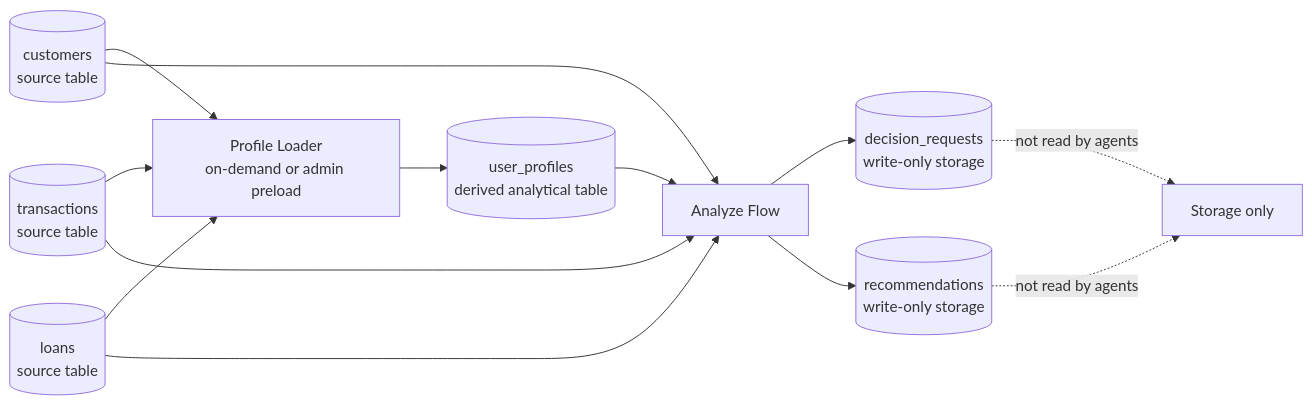
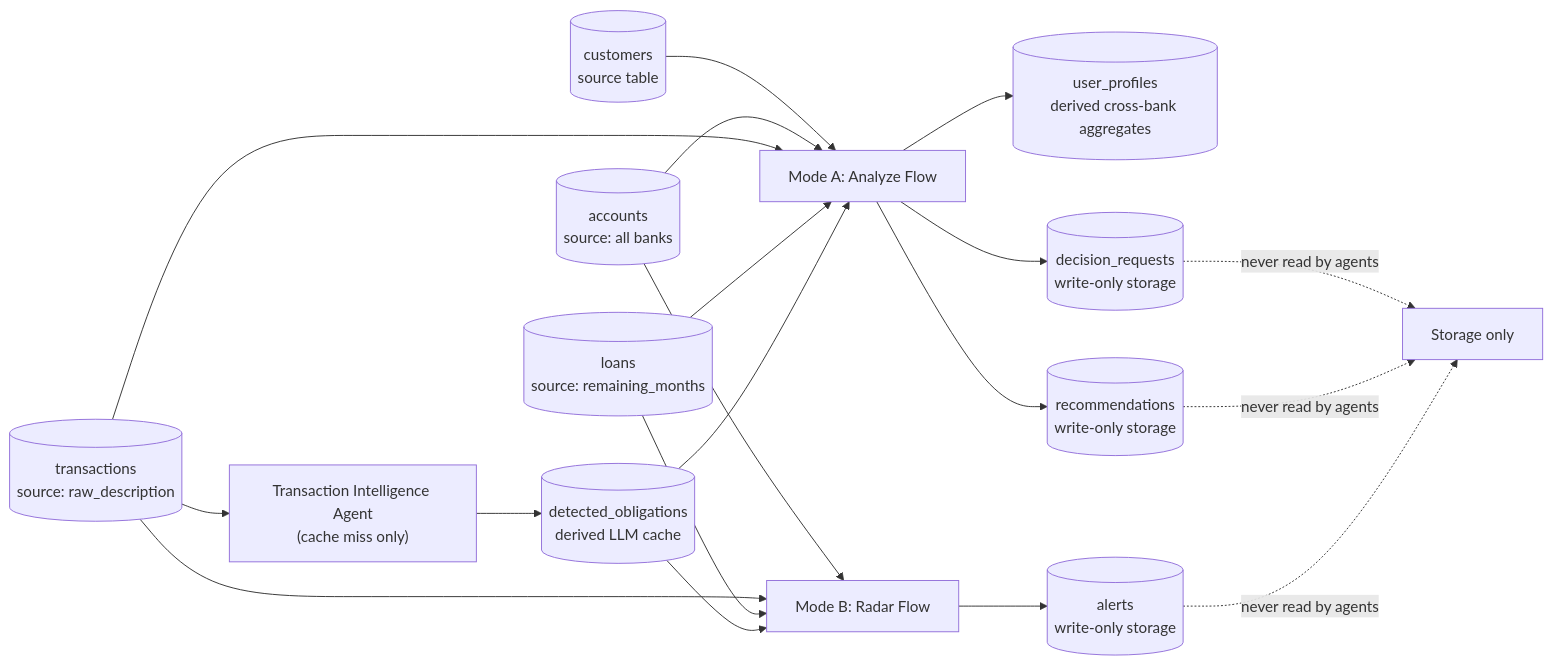
One commit to krrizzer/edraak changed the diagram in BigQuery-design.md. Above: the diagram before and after it, drawn with Mermaid. The commit also changed other lines of this file and 70 other files, not shown here.

````diff
--- a/BigQuery-design.md
+++ b/BigQuery-design.md
@@ -3,25 +3,34 @@
 ```mermaid
 flowchart LR
     Customers[("customers<br/>source table")]
-    Transactions[("transactions<br/>source table")]
-    Loans[("loans<br/>source table")]
-    Profiles[("user_profiles<br/>derived analytical table")]
+    Accounts[("accounts<br/>source: all banks")]
+    Transactions[("transactions<br/>source: raw_description")]
+    Loans[("loans<br/>source: remaining_months")]
+    Obligations[("detected_obligations<br/>derived LLM cache")]
+    Profiles[("user_profiles<br/>derived cross-bank aggregates")]
     Requests[("decision_requests<br/>write-only storage")]
     Recommendations[("recommendations<br/>write-only storage")]
+    Alerts[("alerts<br/>write-only storage")]
 
-    Customers --> ProfileLoader["Profile Loader<br/>on-demand or admin preload"]
-    Transactions --> ProfileLoader
-    Loans --> ProfileLoader
-    ProfileLoader --> Profiles
+    Transactions --> TIA["Transaction Intelligence Agent<br/>(cache miss only)"]
+    TIA --> Obligations
 
-    Customers --> Analysis["Analyze Flow"]
+    Customers --> Analysis["Mode A: Analyze Flow"]
+    Accounts --> Analysis
     Transactions --> Analysis
     Loans --> Analysis
-    Profiles --> Analysis
-
+    Obligations --> Analysis
+    Analysis --> Profiles
     Analysis --> Requests
     Analysis --> Recommendations
 
-    Requests -. "not read by agents" .-> StorageNote["Storage only"]
-    Recommendations -. "not read by agents" .-> StorageNote
+    Accounts --> Radar["Mode B: Radar Flow"]
+    Transactions --> Radar
+    Loans --> Radar
+    Obligations --> Radar
+    Radar --> Alerts
+
+    Requests -. "never read by agents" .-> StorageNote["Storage only"]
+    Recommendations -. "never read by agents" .-> StorageNote
+    Alerts -. "never read by agents" .-> StorageNote
 ```
````
